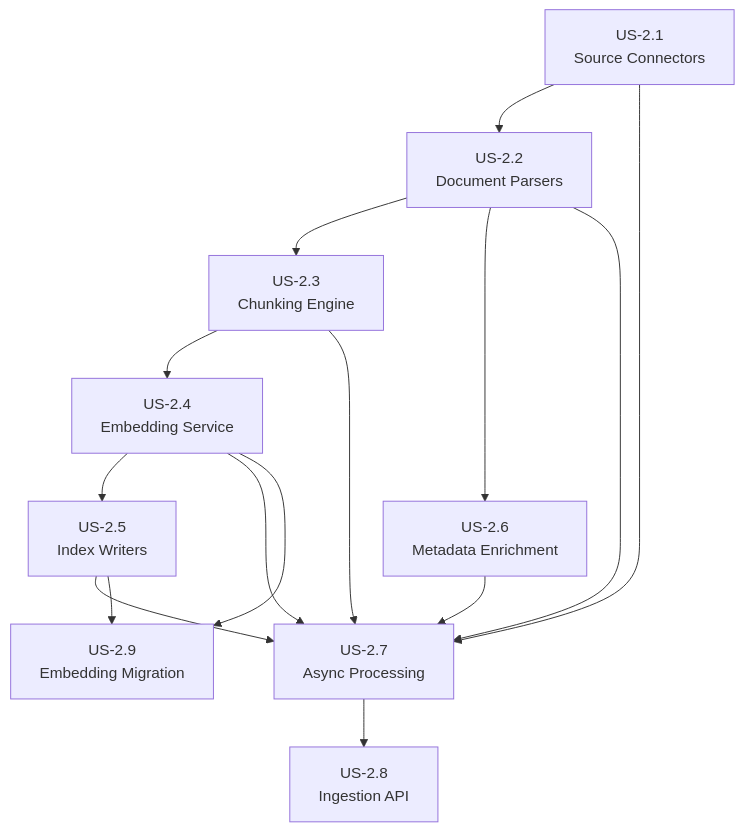
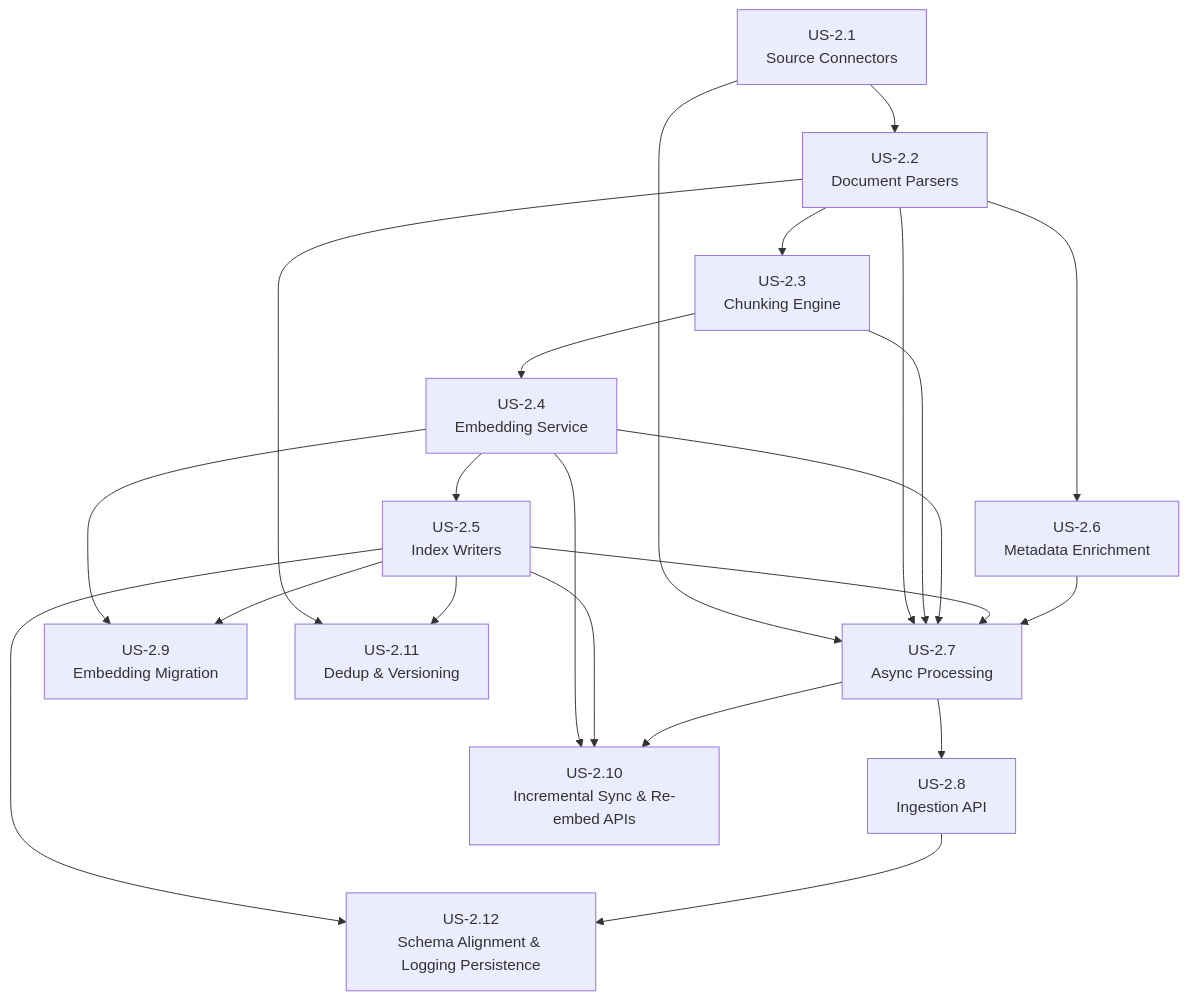
The diagram in workflow/refined/02-ingestion-service/README.md (RogierKonings/ultimate-rag-pipeline), drawn with Mermaid before and after one commit. The commit also changed other lines of this file and 21 other files, not shown here.

````diff
--- a/workflow/refined/02-ingestion-service/README.md
+++ b/workflow/refined/02-ingestion-service/README.md
@@ -42,17 +45,24 @@
 ```mermaid
 flowchart TD
     US21[US-2.1<br/>Source Connectors] --> US22[US-2.2<br/>Document Parsers]
     US22 --> US23[US-2.3<br/>Chunking Engine]
     US22 --> US26[US-2.6<br/>Metadata Enrichment]
     US23 --> US24[US-2.4<br/>Embedding Service]
     US24 --> US25[US-2.5<br/>Index Writers]
     US21 --> US27[US-2.7<br/>Async Processing]
     US22 --> US27
     US23 --> US27
     US24 --> US27
     US25 --> US27
     US26 --> US27
     US27 --> US28[US-2.8<br/>Ingestion API]
     US24 --> US29[US-2.9<br/>Embedding Migration]
     US25 --> US29
+    US24 --> US210[US-2.10<br/>Incremental Sync & Re-embed APIs]
+    US25 --> US210
+    US27 --> US210
+    US22 --> US211[US-2.11<br/>Dedup & Versioning]
+    US25 --> US211
+    US25 --> US212[US-2.12<br/>Schema Alignment & Logging Persistence]
+    US28 --> US212
 ```
````
